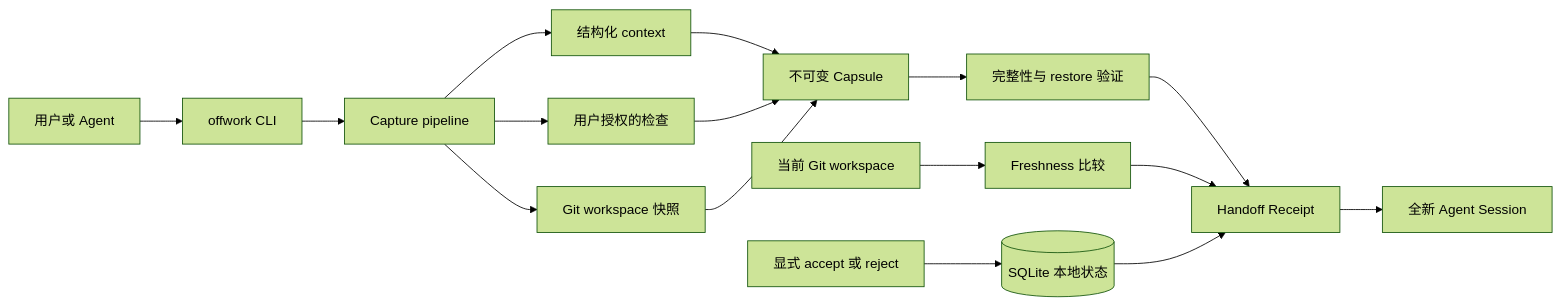
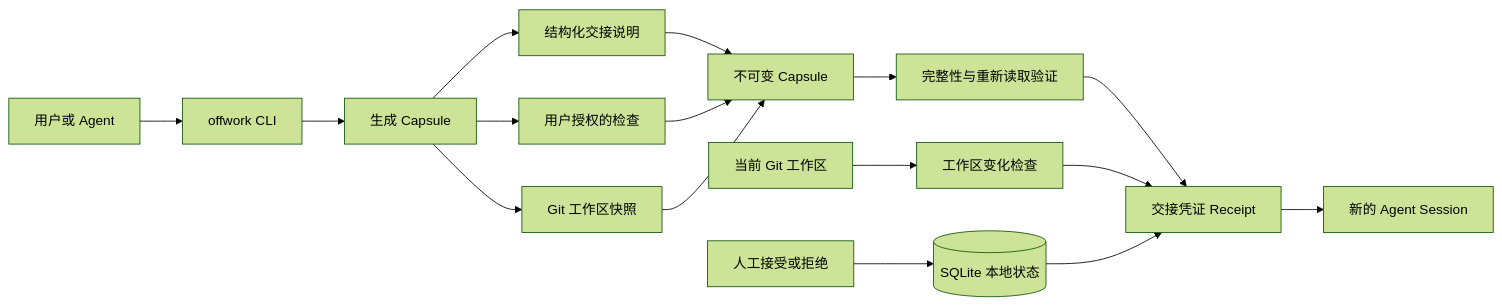
One commit to Longado/offwork changed the diagram in README.zh-CN.md. Above: the diagram before and after it, drawn with Mermaid (forest theme). The commit also changed other lines of this file, not shown here.

````diff
--- a/README.zh-CN.md
+++ b/README.zh-CN.md
@@ -30,23 +30,23 @@
 ```mermaid
 flowchart LR
     A[用户或 Agent] --> B[offwork CLI]
-    B --> C[Capture pipeline]
+    B --> C[生成 Capsule]
 
-    C --> D[结构化 context]
+    C --> D[结构化交接说明]
     C --> E[用户授权的检查]
-    C --> F[Git workspace 快照]
+    C --> F[Git 工作区快照]
 
     D --> G[不可变 Capsule]
     E --> G
     F --> G
 
-    G --> H[完整性与 restore 验证]
-    I[当前 Git workspace] --> J[Freshness 比较]
+    G --> H[完整性与重新读取验证]
+    I[当前 Git 工作区] --> J[工作区变化检查]
 
-    H --> K[Handoff Receipt]
+    H --> K[交接凭证 Receipt]
     J --> K
     L[(SQLite 本地状态)] --> K
 
-    K --> M[全新 Agent Session]
-    N[显式 accept 或 reject] --> L
+    K --> M[新的 Agent Session]
+    N[人工接受或拒绝] --> L
 ```
````
